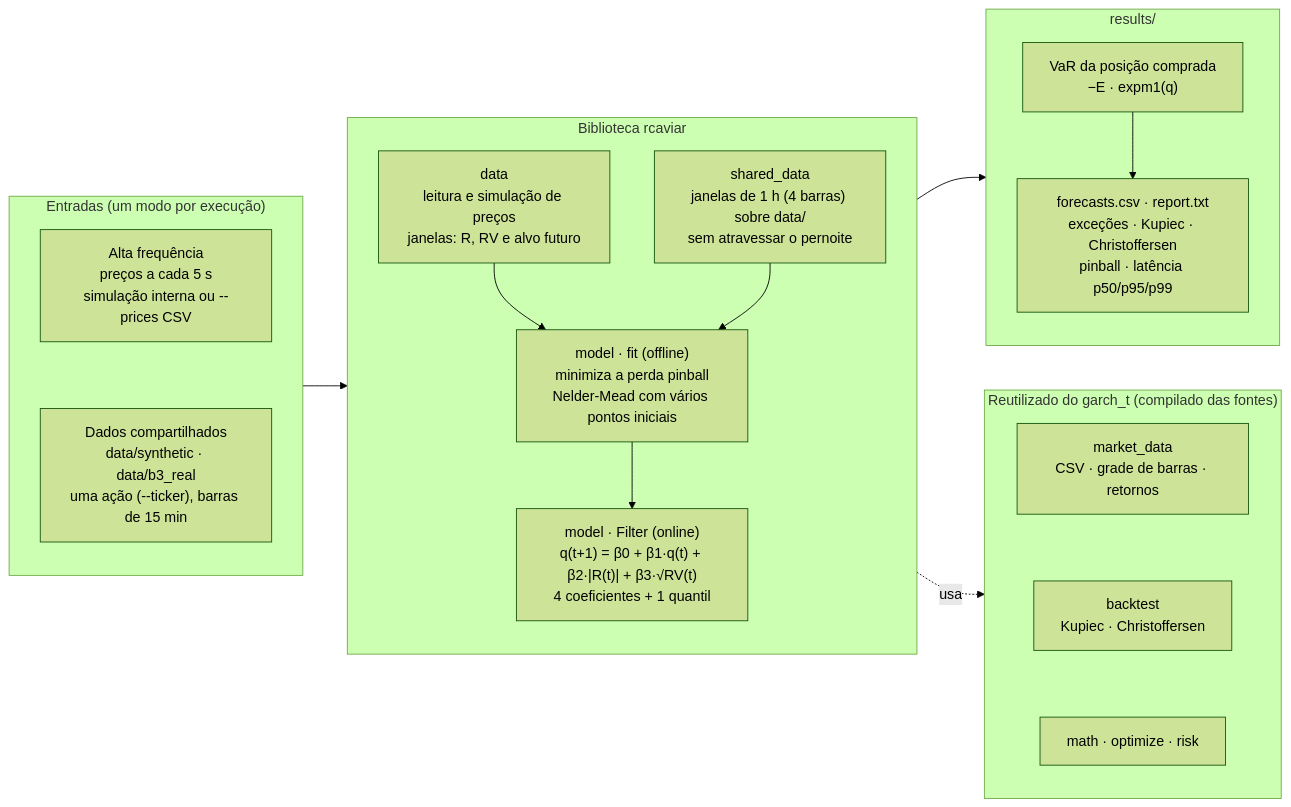
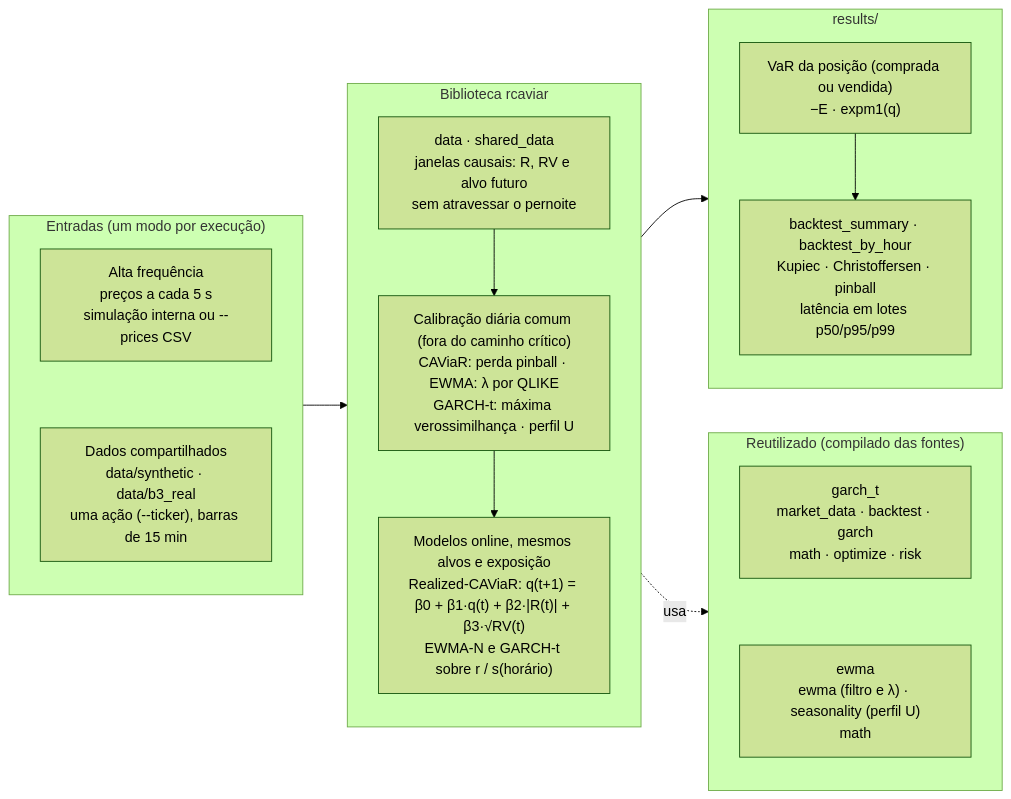
Before and after one commit to gustavoscardino/intraday-risk-engine: the diagram in architecture/05_realized_caviar.mmd, drawn with Mermaid (forest theme). The commit also changed 21 other files, not shown here.

```diff
--- a/architecture/05_realized_caviar.mmd
+++ b/architecture/05_realized_caviar.mmd
@@ -1,36 +1,32 @@
 flowchart LR
     subgraph Entrada["Entradas (um modo por execução)"]
         direction TB
         HF["Alta frequência<br/>preços a cada 5 s<br/>simulação interna ou --prices CSV"]
         SH["Dados compartilhados<br/>data/synthetic · data/b3_real<br/>uma ação (--ticker), barras de 15 min"]
         HF ~~~ SH
     end
 
     subgraph Lib["Biblioteca rcaviar"]
         direction TB
-        DA["data<br/>leitura e simulação de preços<br/>janelas: R, RV e alvo futuro"]
-        SD["shared_data<br/>janelas de 1 h (4 barras) sobre data/<br/>sem atravessar o pernoite"]
-        FIT["model · fit (offline)<br/>minimiza a perda pinball<br/>Nelder-Mead com vários pontos iniciais"]
-        FL["model · Filter (online)<br/>q(t+1) = β0 + β1·q(t) + β2·|R(t)| + β3·√RV(t)<br/>4 coeficientes + 1 quantil"]
-        DA --> FIT
-        SD --> FIT
-        FIT --> FL
+        DA["data · shared_data<br/>janelas causais: R, RV e alvo futuro<br/>sem atravessar o pernoite"]
+        CAL["Calibração diária comum (fora do caminho crítico)<br/>CAViaR: perda pinball · EWMA: λ por QLIKE<br/>GARCH-t: máxima verossimilhança · perfil U"]
+        FL["Modelos online, mesmos alvos e exposição<br/>Realized-CAViaR: q(t+1) = β0 + β1·q(t) + β2·|R(t)| + β3·√RV(t)<br/>EWMA-N e GARCH-t sobre r / s(horário)"]
+        DA --> CAL --> FL
     end
 
-    subgraph Reuso["Reutilizado do garch_t (compilado das fontes)"]
+    subgraph Reuso["Reutilizado (compilado das fontes)"]
         direction TB
-        GMD["market_data<br/>CSV · grade de barras · retornos"]
-        GBT["backtest<br/>Kupiec · Christoffersen"]
-        GMA["math · optimize · risk"]
-        GMD ~~~ GBT ~~~ GMA
+        GT["garch_t<br/>market_data · backtest · garch<br/>math · optimize · risk"]
+        EW["ewma<br/>ewma (filtro e λ) · seasonality (perfil U)<br/>math"]
+        GT ~~~ EW
     end
 
     subgraph Saida["results/"]
         direction TB
-        VAR["VaR da posição comprada<br/>−E · expm1(q)"]
-        OUT["forecasts.csv · report.txt<br/>exceções · Kupiec · Christoffersen<br/>pinball · latência p50/p95/p99"]
+        VAR["VaR da posição (comprada ou vendida)<br/>−E · expm1(q)"]
+        OUT["backtest_summary · backtest_by_hour<br/>Kupiec · Christoffersen · pinball<br/>latência em lotes p50/p95/p99"]
         VAR --> OUT
     end
 
     Entrada --> Lib --> Saida
     Lib -. usa .-> Reuso
```
